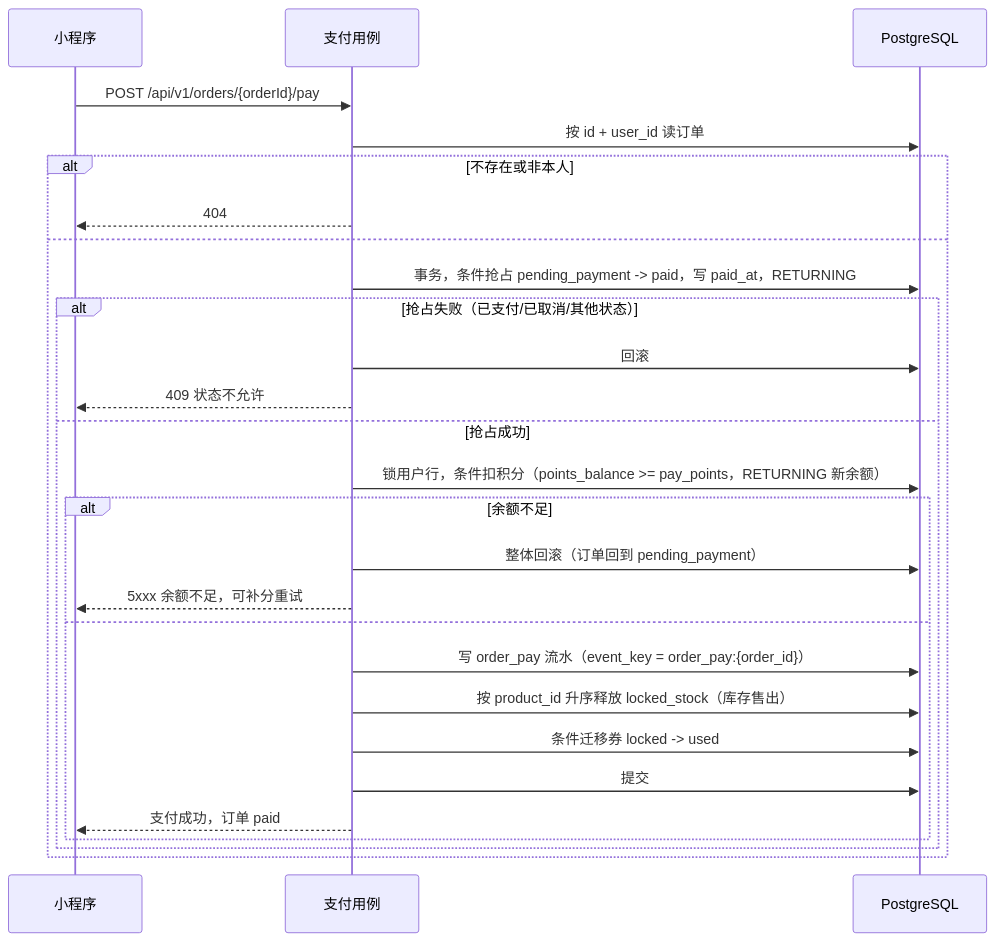
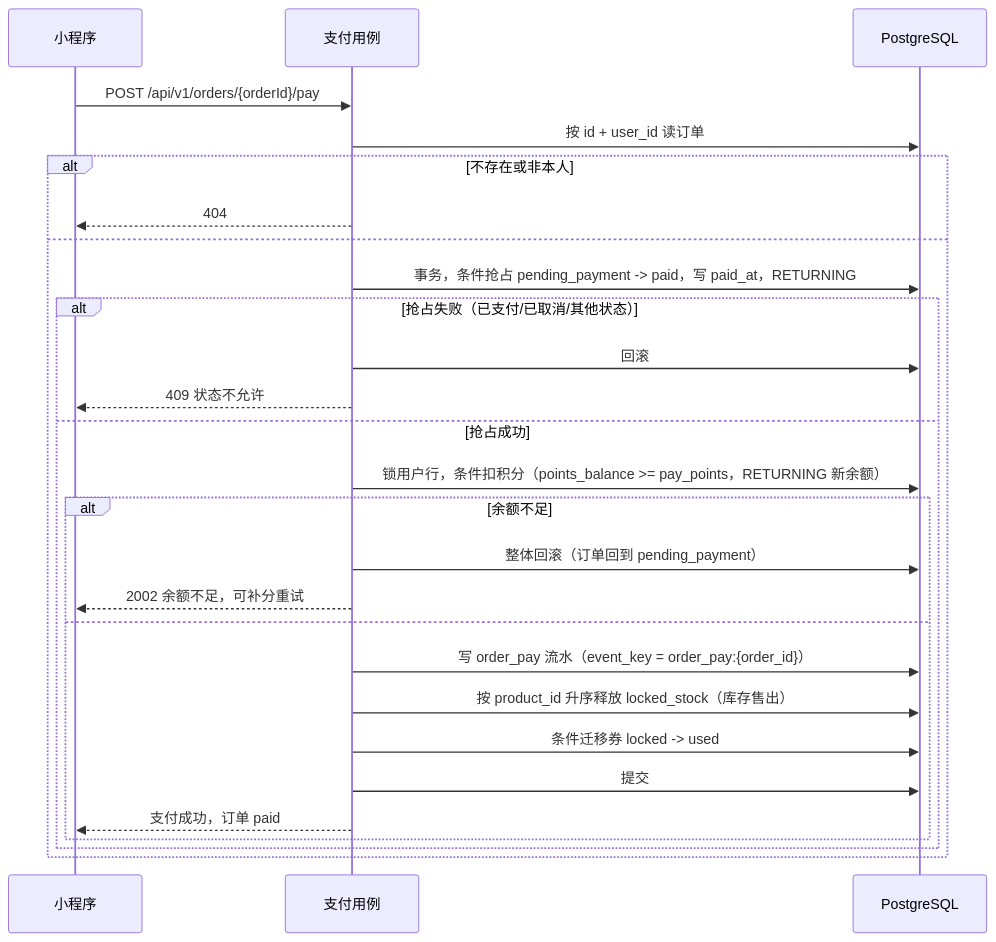
One commit to RBowind/shop-mall changed the sixth of 7 diagrams in docs/architecture/07-coupon-pay-lifecycle.md. Above: the diagram before and after it, drawn with Mermaid. The commit also changed other lines of this file and 46 other files, not shown here.

````diff
--- a/docs/architecture/07-coupon-pay-lifecycle.md
+++ b/docs/architecture/07-coupon-pay-lifecycle.md
@@ -285,30 +285,30 @@
 ```mermaid
 sequenceDiagram
     participant M as 小程序
     participant U as 支付用例
     participant DB as PostgreSQL
 
     M->>U: POST /api/v1/orders/{orderId}/pay
     U->>DB: 按 id + user_id 读订单
     alt 不存在或非本人
         U-->>M: 404
     else
         U->>DB: 事务，条件抢占 pending_payment -> paid，写 paid_at，RETURNING
         alt 抢占失败（已支付/已取消/其他状态）
             U->>DB: 回滚
             U-->>M: 409 状态不允许
         else 抢占成功
             U->>DB: 锁用户行，条件扣积分（points_balance >= pay_points，RETURNING 新余额）
             alt 余额不足
                 U->>DB: 整体回滚（订单回到 pending_payment）
-                U-->>M: 5xxx 余额不足，可补分重试
+                U-->>M: 2002 余额不足，可补分重试
             else
                 U->>DB: 写 order_pay 流水（event_key = order_pay:{order_id}）
                 U->>DB: 按 product_id 升序释放 locked_stock（库存售出）
                 U->>DB: 条件迁移券 locked -> used
                 U->>DB: 提交
                 U-->>M: 支付成功，订单 paid
             end
         end
     end
 ```
````
